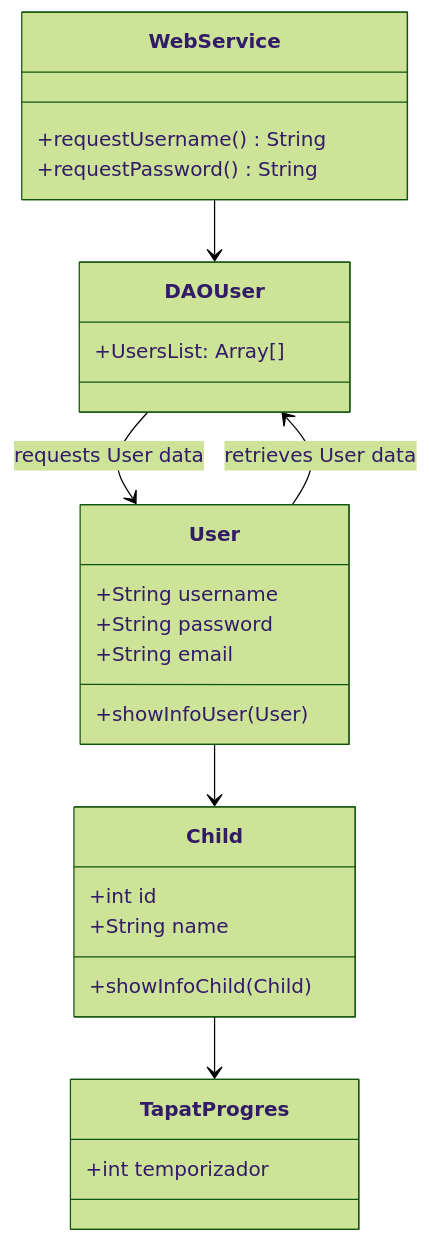
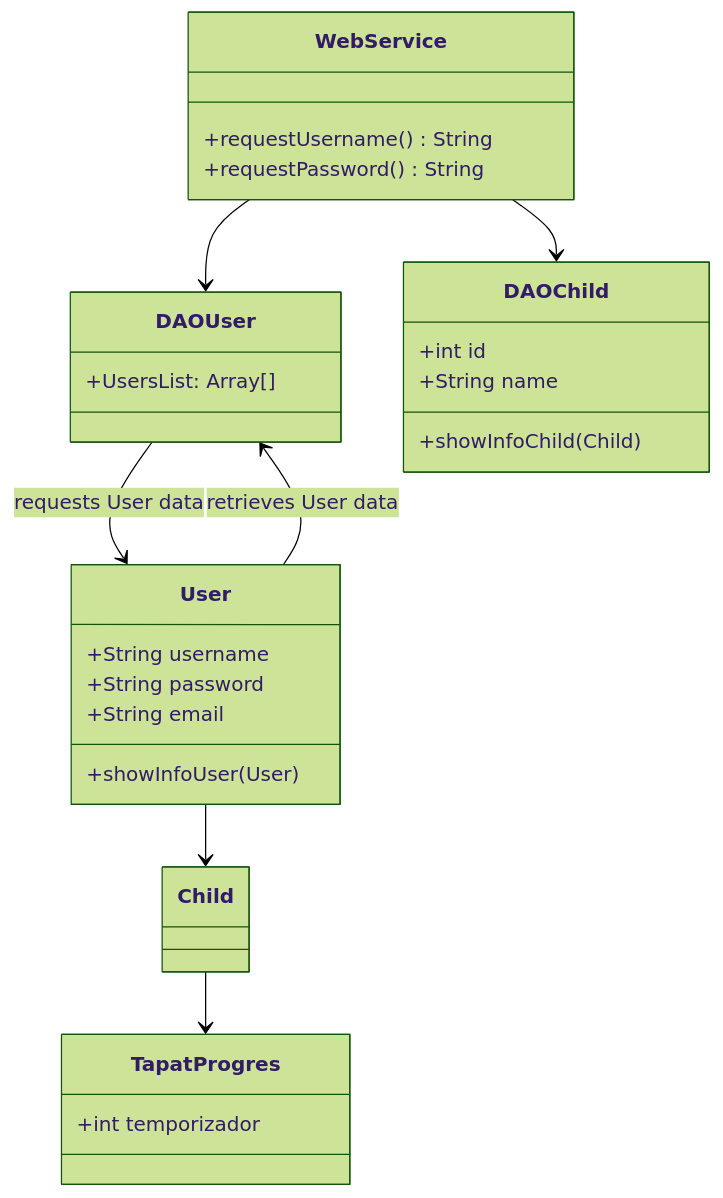
One commit to hhosp/TapatApp changed the diagram in Prototip2/P2BackEndClases.mermaid. Above: the diagram before and after it, drawn with Mermaid (forest theme). The commit also changed 2 other files, not shown here.

```diff
--- a/Prototip2/P2BackEndClases.mermaid
+++ b/Prototip2/P2BackEndClases.mermaid
@@ -1,27 +1,28 @@
 classDiagram
 class WebService {
     +requestUsername() String
     +requestPassword() String
 }
 class DAOUser {
     +UsersList: Array<User>[]
 }
 class User {
     +String username
     +String password
     +String email
     +showInfoUser(User)
 }
-class Child {
+class DAOChild {
     +int id
     +String name
     +showInfoChild(Child)
 }
 class TapatProgres {
     +int temporizador
 }
 WebService --> DAOUser
+WebService --> DAOChild
 DAOUser --> User: requests User data
 User --> DAOUser: retrieves User data
 User --> Child
 Child --> TapatProgres
```
